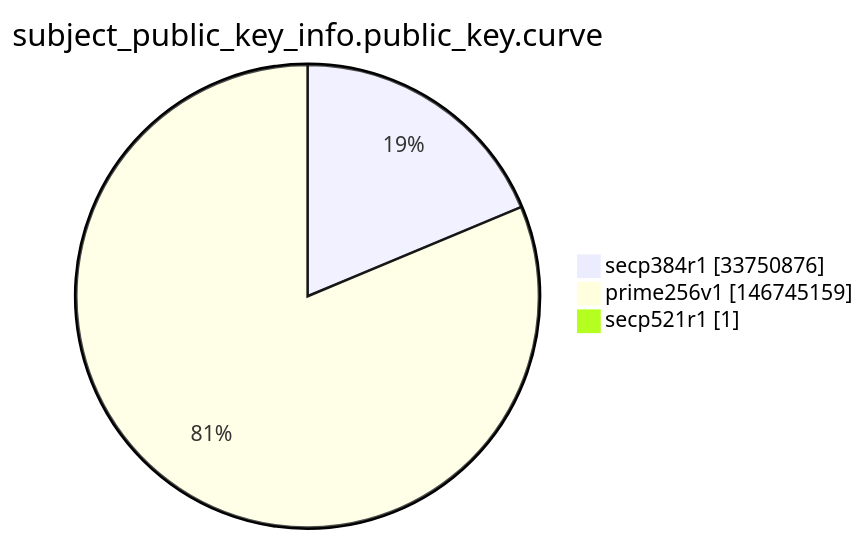
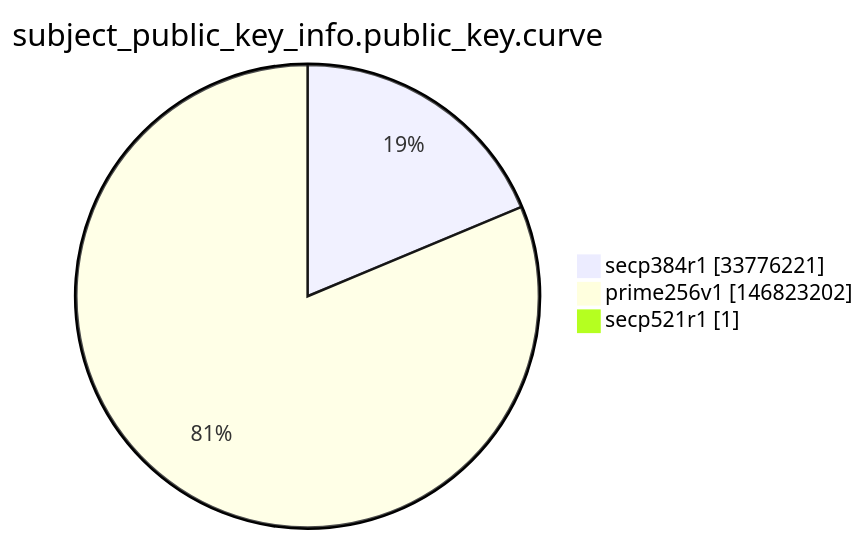
Before and after one commit to christiankrug/ctmonitor_visualization: the ninth of 15 diagrams in argon2022/README.md, drawn with Mermaid. The commit also changed other lines of this file, not shown here.

````diff
--- a/argon2022/README.md
+++ b/argon2022/README.md
@@ -2764,7 +2764,7 @@
 ```mermaid
 pie showData
 title subject_public_key_info.public_key.curve
-"secp384r1" :33750876
-"prime256v1" :146745159
+"secp384r1" :33776221
+"prime256v1" :146823202
 "secp521r1" :1
 ```
````
